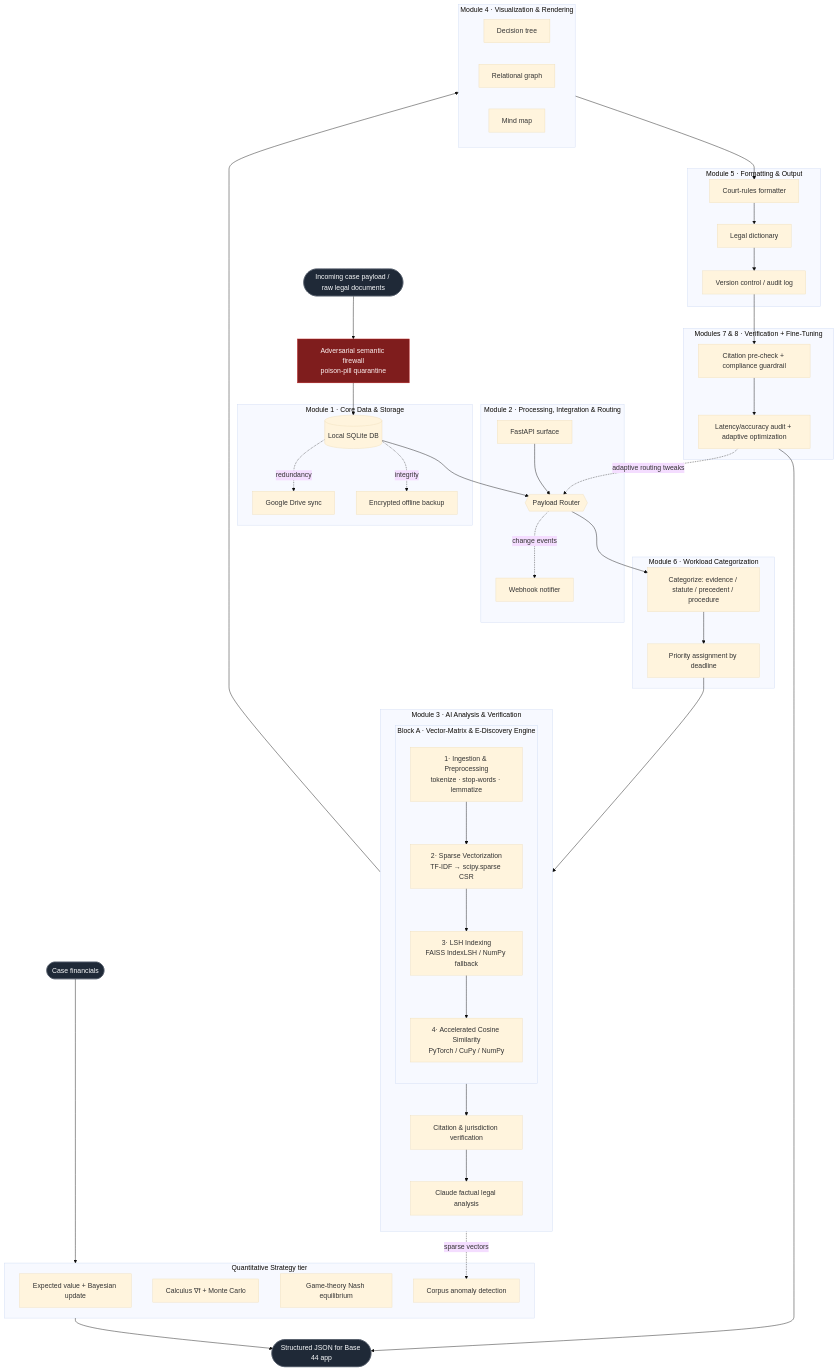
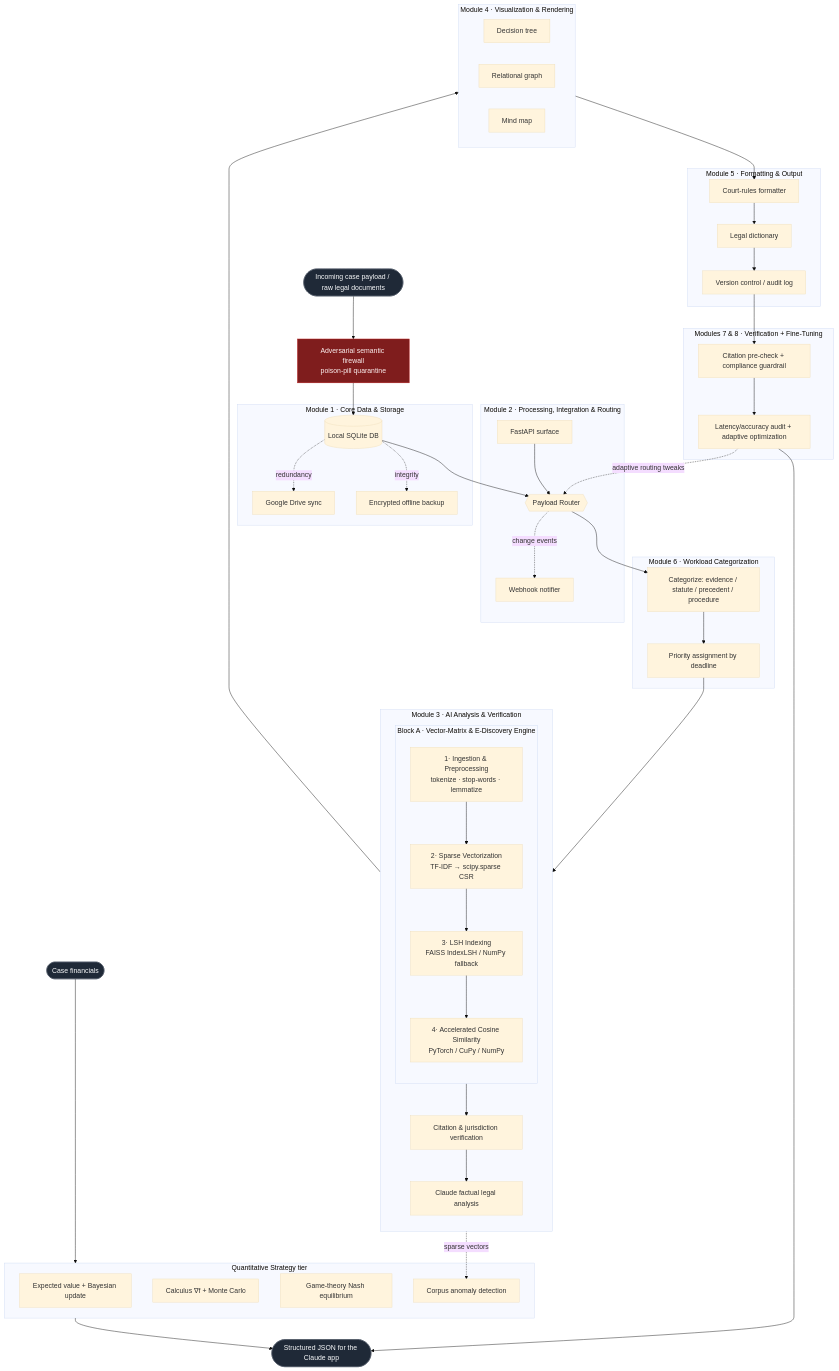
The diagram in base44-pipeline/README.md (YoungstaBlue/Random), drawn with Mermaid (base theme) before and after one commit. The commit also changed other lines of this file and 85 other files, not shown here.

First line of the commit message:
Rename base44 to Claude Legal throughout the pipeline

````diff
--- a/base44-pipeline/README.md
+++ b/base44-pipeline/README.md
@@ -18,80 +18,80 @@
 ```mermaid
 flowchart TD
     IN([Incoming case payload / raw legal documents]):::io
     FW[Adversarial semantic firewall<br/>poison-pill quarantine]:::guard
     FIN([Case financials]):::io
 
     subgraph B1["Module 1 · Core Data & Storage"]
         LDB[(Local SQLite DB)]
         CLOUD[Google Drive sync]
         BAK[Encrypted offline backup]
     end
 
     subgraph B2["Module 2 · Processing, Integration & Routing"]
         ROUTER{{Payload Router}}
         HOOK[Webhook notifier]
         API[FastAPI surface]
     end
 
     subgraph B6["Module 6 · Workload Categorization"]
         CAT[Categorize: evidence / statute / precedent / procedure]
         PRIO[Priority assignment by deadline]
     end
 
     subgraph B3["Module 3 · AI Analysis & Verification"]
         direction TB
         subgraph A["Block A · Vector-Matrix & E-Discovery Engine"]
             direction TB
             A1[1· Ingestion & Preprocessing<br/>tokenize · stop-words · lemmatize]
             A2[2· Sparse Vectorization<br/>TF-IDF → scipy.sparse CSR]
             A3[3· LSH Indexing<br/>FAISS IndexLSH / NumPy fallback]
             A4[4· Accelerated Cosine Similarity<br/>PyTorch / CuPy / NumPy]
             A1 --> A2 --> A3 --> A4
         end
         CITE[Citation & jurisdiction verification]
         LLM[Claude factual legal analysis]
     end
 
     subgraph B4["Module 4 · Visualization & Rendering"]
         DTREE[Decision tree]
         GRAPH[Relational graph]
         MIND[Mind map]
     end
 
     subgraph B5["Module 5 · Formatting & Output"]
         COURT[Court-rules formatter]
         DICT[Legal dictionary]
         VER[Version control / audit log]
     end
 
     subgraph B7B8["Modules 7 & 8 · Verification + Fine-Tuning"]
         VERIFY[Citation pre-check + compliance guardrail]
         METRIC[Latency/accuracy audit + adaptive optimization]
     end
 
     subgraph QT["Quantitative Strategy tier"]
         QEV[Expected value + Bayesian update]
         QCALC[Calculus ∇f + Monte Carlo]
         QGAME[Game-theory Nash equilibrium]
         QANOM[Corpus anomaly detection]
     end
 
-    OUT([Structured JSON for Base 44 app]):::io
+    OUT([Structured JSON for the Claude app]):::io
 
     IN --> FW --> LDB --> ROUTER
     ROUTER --> CAT --> PRIO --> A1
     A4 --> CITE --> LLM
     LLM --> B4
     B4 --> COURT --> DICT --> VER
     VER --> VERIFY --> METRIC --> OUT
     FIN --> QT --> OUT
     A4 -. sparse vectors .-> QANOM
     ROUTER -. change events .-> HOOK
     LDB -. redundancy .-> CLOUD
     LDB -. integrity .-> BAK
     METRIC -. adaptive routing tweaks .-> ROUTER
     API --> ROUTER
 
     classDef io fill:#1f2937,stroke:#4b5563,color:#f9fafb;
     classDef guard fill:#7f1d1d,stroke:#b91c1c,color:#fef2f2;
 ```
````
